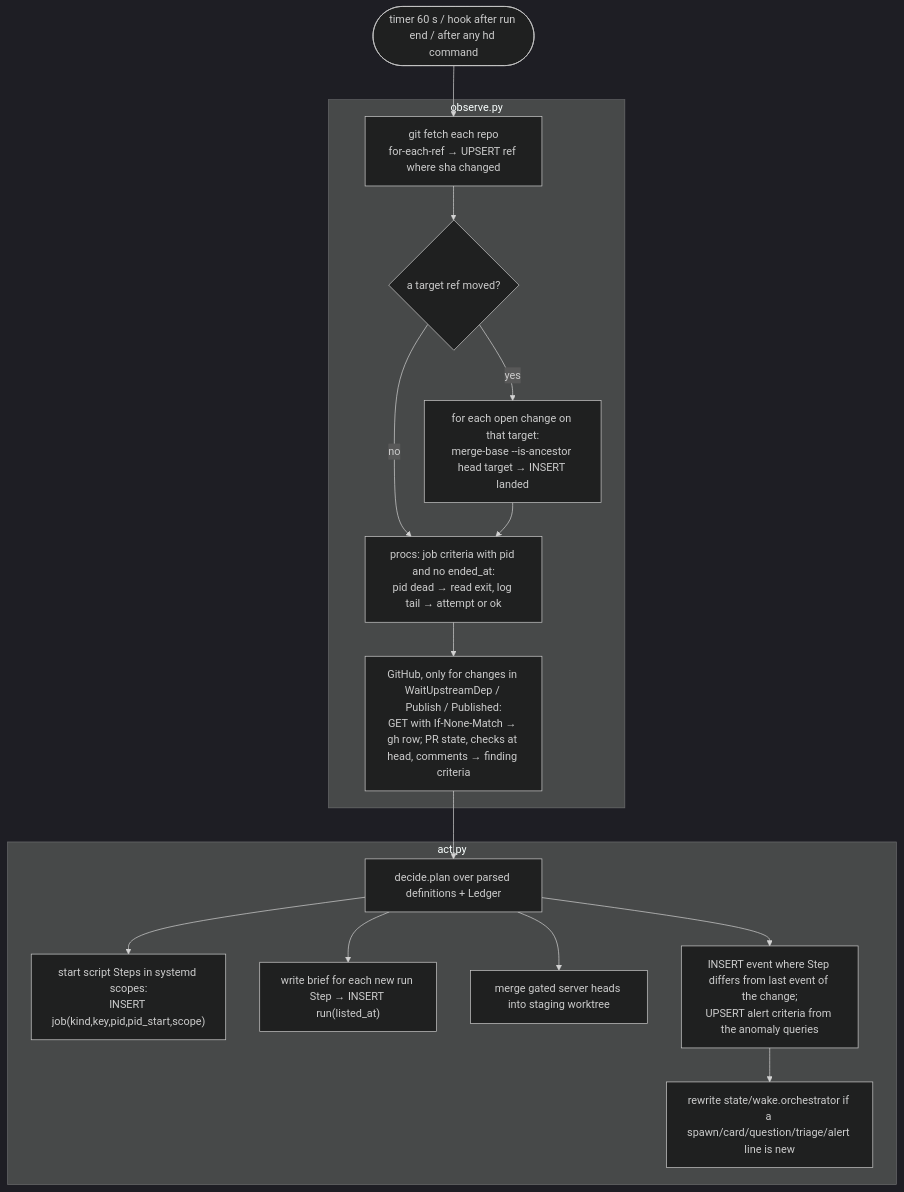
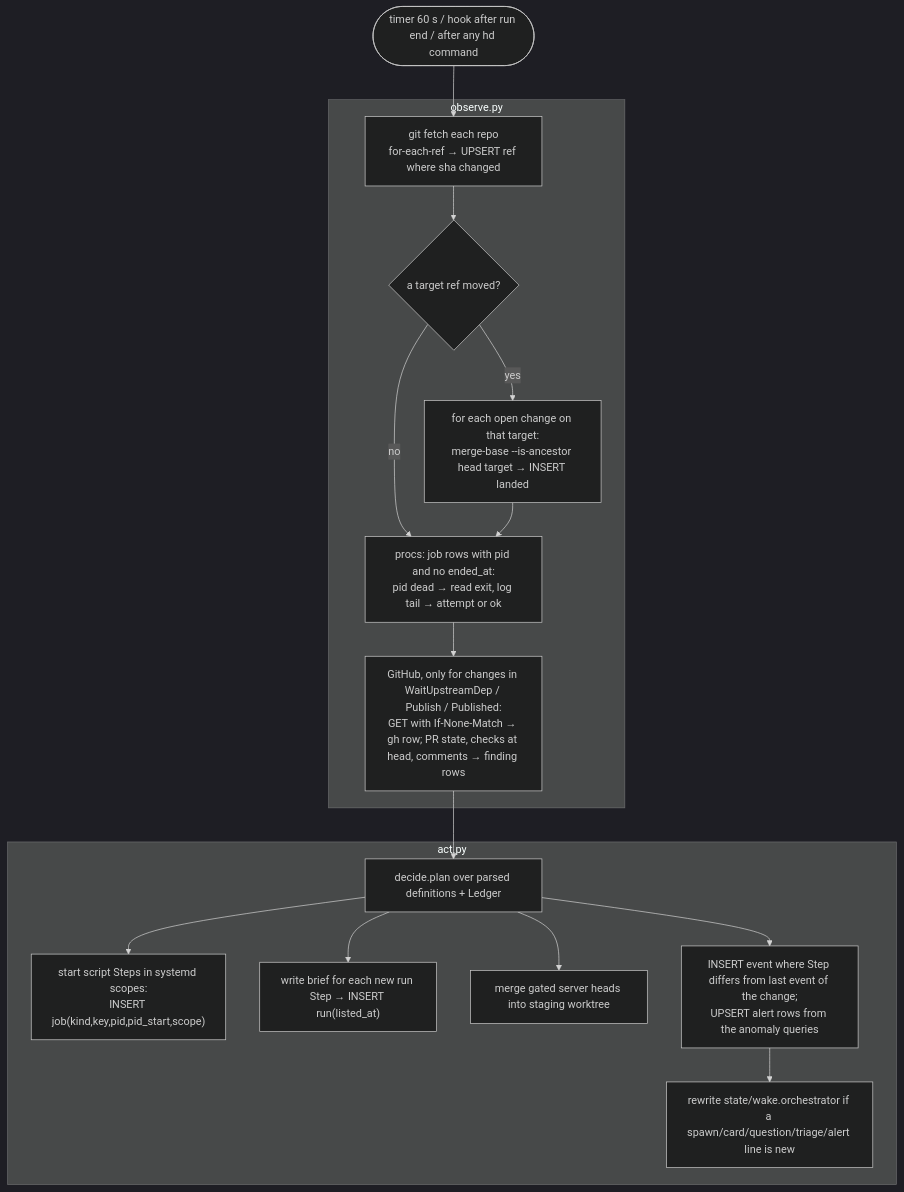
Before and after one commit to AlexPerrin/RuneHarness: the third of 8 diagrams in docs/ARCHITECTURE.md, drawn with Mermaid (dark theme). The commit also changed other lines of this file and 2 other files, not shown here.

Commit message:
docs: ARCHITECTURE proofread in the v9 vocabulary; ship (fast-forward of a live branch) named beside publish; job.kind gains ship; tools-head leftovers removed

````diff
--- a/docs/ARCHITECTURE.md
+++ b/docs/ARCHITECTURE.md
@@ -303,19 +304,19 @@
 ```mermaid
 flowchart TD
   T0([timer 60 s / hook after run end / after any hd command]) --> F
   subgraph OBS["observe.py"]
     F["git fetch each repo<br/>for-each-ref → UPSERT ref where sha changed"] --> L{"a target ref moved?"}
     L -- yes --> LA["for each open change on that target:<br/>merge-base --is-ancestor head target → INSERT landed"]
     L -- no --> P
-    LA --> P["procs: job criteria with pid and no ended_at:<br/>pid dead → read exit, log tail → attempt or ok"]
-    P --> GH["GitHub, only for changes in WaitUpstreamDep / Publish / Published:<br/>GET with If-None-Match → gh row; PR state, checks at head, comments → finding criteria"]
+    LA --> P["procs: job rows with pid and no ended_at:<br/>pid dead → read exit, log tail → attempt or ok"]
+    P --> GH["GitHub, only for changes in WaitUpstreamDep / Publish / Published:<br/>GET with If-None-Match → gh row; PR state, checks at head, comments → finding rows"]
   end
   GH --> D["decide.plan over parsed definitions + Ledger"]
   subgraph ACT["act.py"]
     D --> S["start script Steps in systemd scopes:<br/>INSERT job(kind,key,pid,pid_start,scope)"]
     D --> B["write brief for each new run Step → INSERT run(listed_at)"]
     D --> M["merge gated server heads into staging worktree"]
-    D --> E["INSERT event where Step differs from last event of the change;<br/>UPSERT alert criteria from the anomaly queries"]
+    D --> E["INSERT event where Step differs from last event of the change;<br/>UPSERT alert rows from the anomaly queries"]
     E --> W["rewrite state/wake.orchestrator if a spawn/card/question/triage/alert line is new"]
   end
 ```
````
